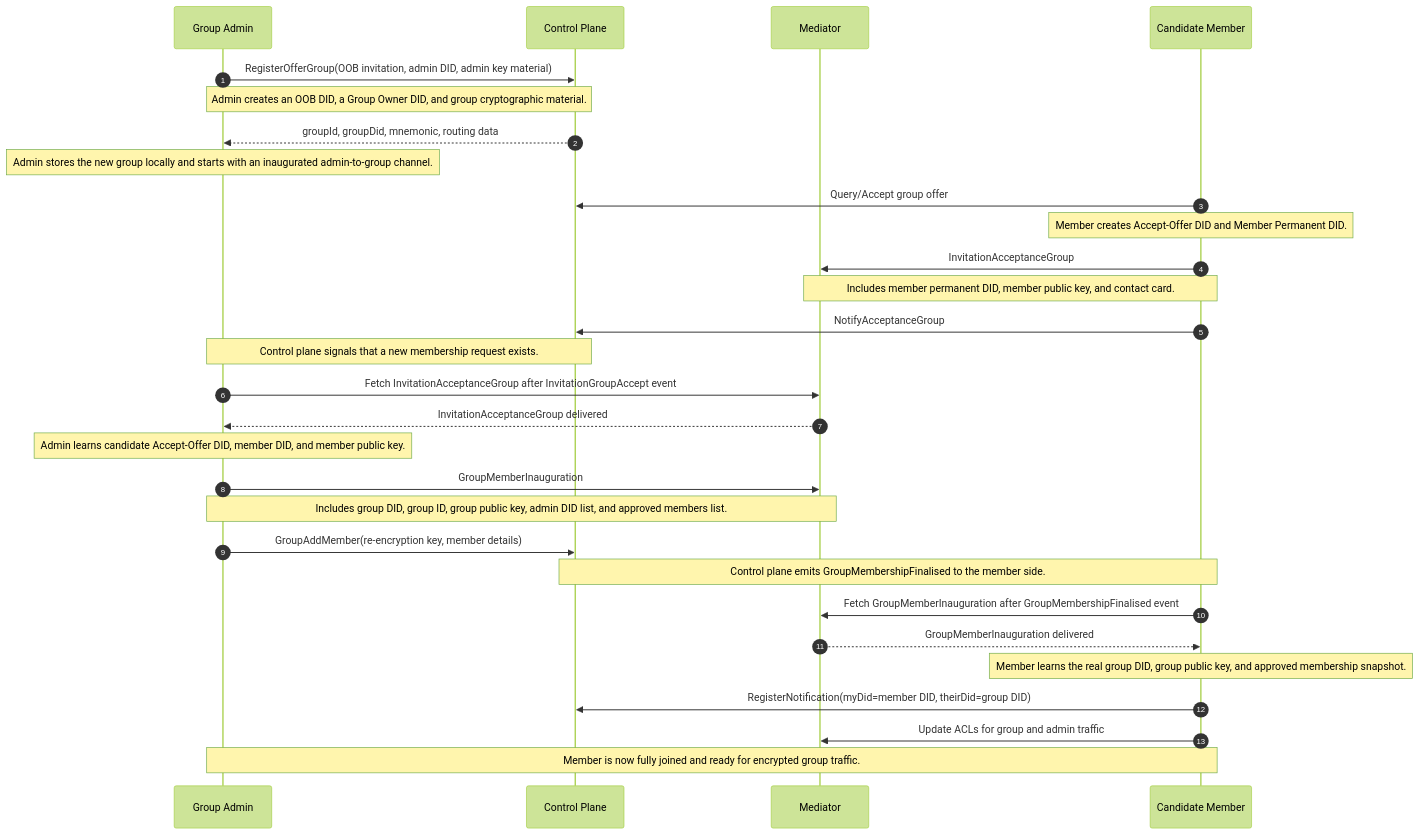
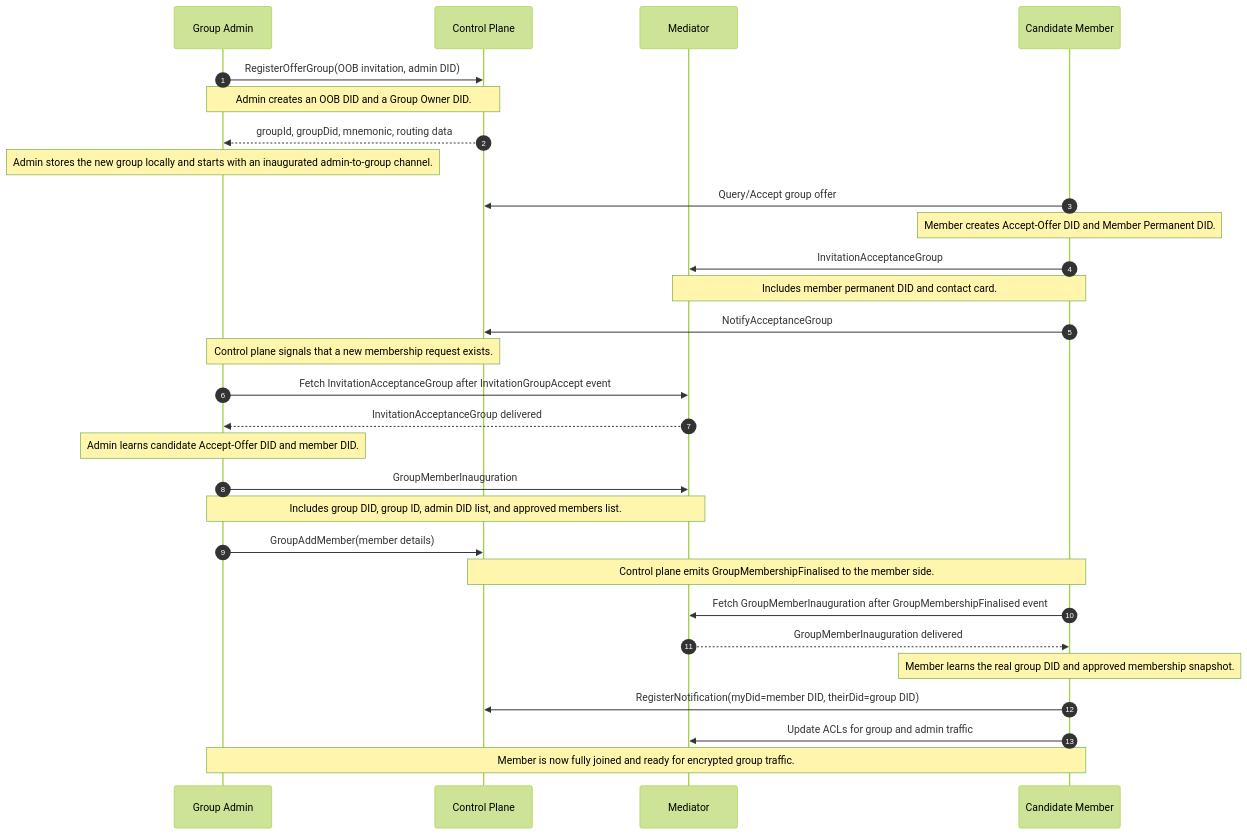
Before and after one commit to affinidi/affinidi-meetingplace-sdk-dart: the first of 2 diagrams in packages/meeting_place_core/doc/protocol/meeting-place-group-protocol.md, drawn with Mermaid (forest theme). The commit also changed other lines of this file and 99 other files, not shown here.

````diff
--- a/packages/meeting_place_core/doc/protocol/meeting-place-group-protocol.md
+++ b/packages/meeting_place_core/doc/protocol/meeting-place-group-protocol.md
@@ -27,41 +27,41 @@
 ```mermaid
 sequenceDiagram
     autonumber
     participant Admin as Group Admin
     participant CP as Control Plane
     participant M as Mediator
     participant Member as Candidate Member
 
-    Admin->>CP: RegisterOfferGroup(OOB invitation, admin DID, admin key material)
-    Note over Admin,CP: Admin creates an OOB DID, a Group Owner DID, and group cryptographic material.
+    Admin->>CP: RegisterOfferGroup(OOB invitation, admin DID)
+    Note over Admin,CP: Admin creates an OOB DID and a Group Owner DID.
 
     CP-->>Admin: groupId, groupDid, mnemonic, routing data
     Note over Admin: Admin stores the new group locally and starts with an inaugurated admin-to-group channel.
 
     Member->>CP: Query/Accept group offer
     Note over Member: Member creates Accept-Offer DID and Member Permanent DID.
 
     Member->>M: InvitationAcceptanceGroup
-    Note over Member,M: Includes member permanent DID, member public key, and contact card.
+    Note over Member,M: Includes member permanent DID and contact card.
 
     Member->>CP: NotifyAcceptanceGroup
     Note over CP,Admin: Control plane signals that a new membership request exists.
 
     Admin->>M: Fetch InvitationAcceptanceGroup after InvitationGroupAccept event
     M-->>Admin: InvitationAcceptanceGroup delivered
-    Note over Admin: Admin learns candidate Accept-Offer DID, member DID, and member public key.
+    Note over Admin: Admin learns candidate Accept-Offer DID and member DID.
 
     Admin->>M: GroupMemberInauguration
-    Note over Admin,M: Includes group DID, group ID, group public key, admin DID list, and approved members list.
+    Note over Admin,M: Includes group DID, group ID, admin DID list, and approved members list.
 
-    Admin->>CP: GroupAddMember(re-encryption key, member details)
+    Admin->>CP: GroupAddMember(member details)
     Note over CP,Member: Control plane emits GroupMembershipFinalised to the member side.
 
     Member->>M: Fetch GroupMemberInauguration after GroupMembershipFinalised event
     M-->>Member: GroupMemberInauguration delivered
-    Note over Member: Member learns the real group DID, group public key, and approved membership snapshot.
+    Note over Member: Member learns the real group DID and approved membership snapshot.
 
     Member->>CP: RegisterNotification(myDid=member DID, theirDid=group DID)
     Member->>M: Update ACLs for group and admin traffic
     Note over Admin,Member: Member is now fully joined and ready for encrypted group traffic.
 ```
````
